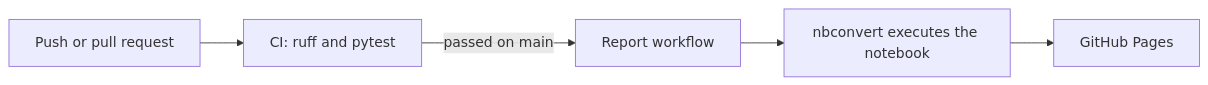
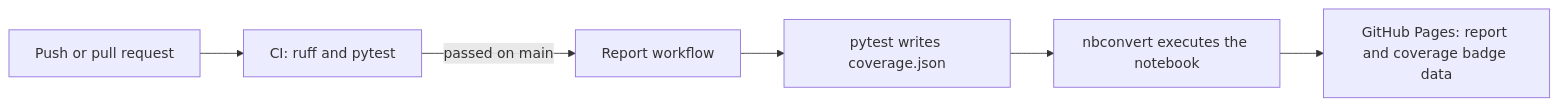
Before and after one commit to fahim-ash123/apprenticeship-data-pipeline-explorer: the second of 2 diagrams in docs/architecture.md, drawn with Mermaid. The commit also changed other lines of this file and 2 other files, not shown here.

Commit message:
Record the maintenance work and describe the coverage step in the documentation
Refs #60

````diff
--- a/docs/architecture.md
+++ b/docs/architecture.md
@@ -44,7 +44,8 @@
 ```mermaid
 flowchart LR
     push[Push or pull request] --> ci[CI: ruff and pytest]
     ci -->|passed on main| report[Report workflow]
-    report --> build[nbconvert executes the notebook]
-    build --> pages[GitHub Pages]
+    report --> coverage[pytest writes coverage.json]
+    coverage --> build[nbconvert executes the notebook]
+    build --> pages[GitHub Pages: report and coverage badge data]
 ```
````
